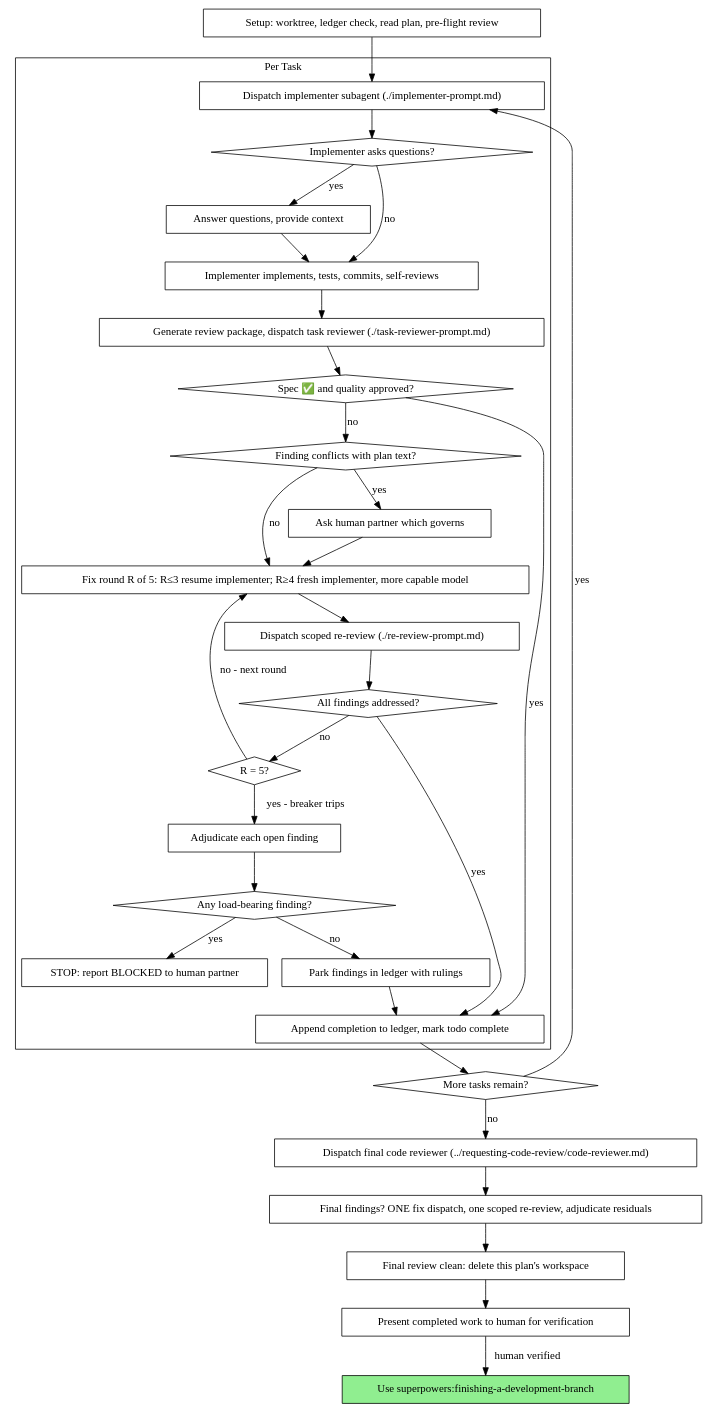
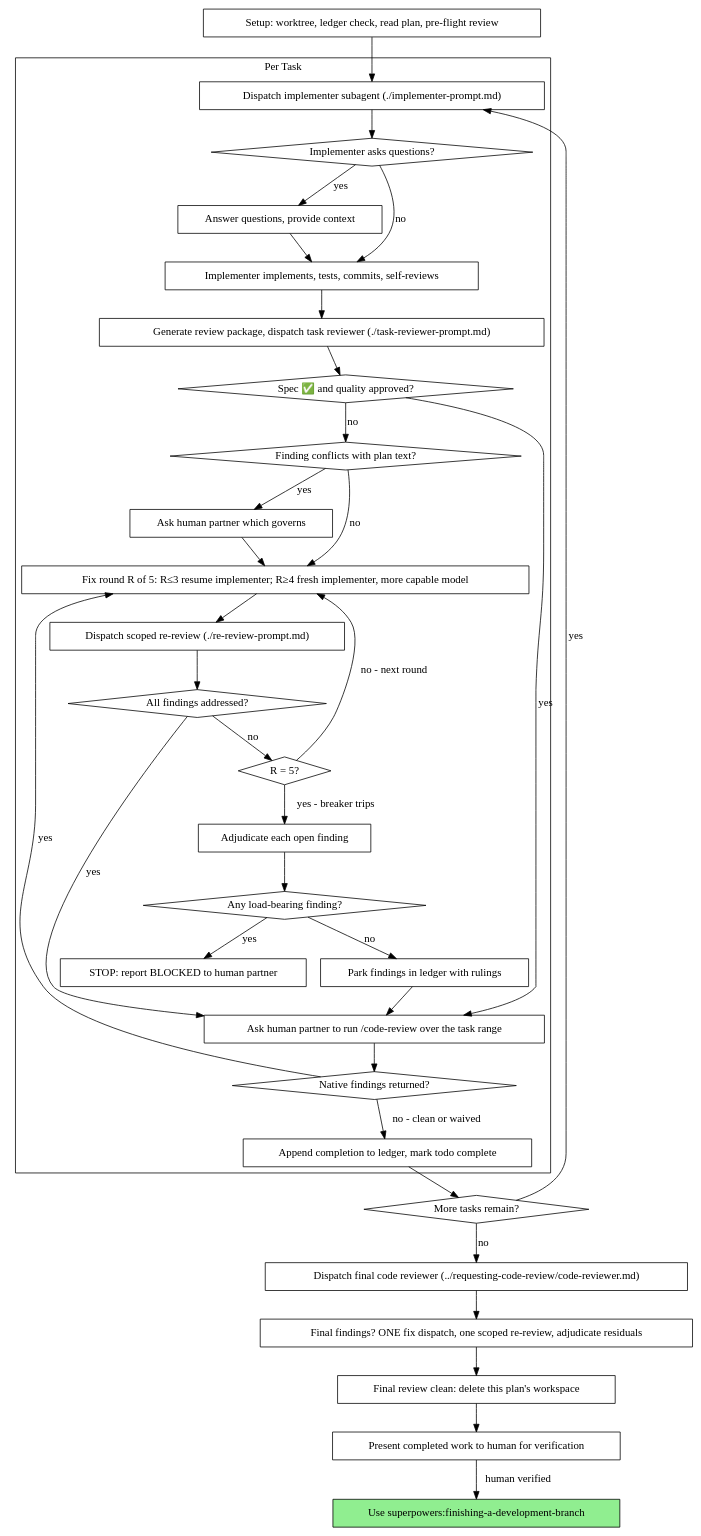
Before and after one commit to opcheese/superpowers: the second of 2 diagrams in skills/subagent-driven-development/SKILL.md, drawn with Graphviz. The commit also changed other lines of this file and 1 other file, not shown here.

First line of the commit message:
feat(skills): per-task native-review checkpoint on the human branch

````diff
--- a/skills/subagent-driven-development/SKILL.md
+++ b/skills/subagent-driven-development/SKILL.md
@@ -49,64 +51,69 @@
 ```dot
 digraph process {
     rankdir=TB;
 
     subgraph cluster_per_task {
         label="Per Task";
         "Dispatch implementer subagent (./implementer-prompt.md)" [shape=box];
         "Implementer asks questions?" [shape=diamond];
         "Answer questions, provide context" [shape=box];
         "Implementer implements, tests, commits, self-reviews" [shape=box];
         "Generate review package, dispatch task reviewer (./task-reviewer-prompt.md)" [shape=box];
         "Spec ✅ and quality approved?" [shape=diamond];
         "Finding conflicts with plan text?" [shape=diamond];
         "Ask human partner which governs" [shape=box];
         "Fix round R of 5: R≤3 resume implementer; R≥4 fresh implementer, more capable model" [shape=box];
         "Dispatch scoped re-review (./re-review-prompt.md)" [shape=box];
         "All findings addressed?" [shape=diamond];
         "R = 5?" [shape=diamond];
         "Adjudicate each open finding" [shape=box];
         "Any load-bearing finding?" [shape=diamond];
         "STOP: report BLOCKED to human partner" [shape=box];
         "Park findings in ledger with rulings" [shape=box];
+        "Ask human partner to run /code-review over the task range" [shape=box];
+        "Native findings returned?" [shape=diamond];
         "Append completion to ledger, mark todo complete" [shape=box];
     }
 
     "Setup: worktree, ledger check, read plan, pre-flight review" [shape=box];
     "More tasks remain?" [shape=diamond];
     "Dispatch final code reviewer (../requesting-code-review/code-reviewer.md)" [shape=box];
     "Final findings? ONE fix dispatch, one scoped re-review, adjudicate residuals" [shape=box];
     "Final review clean: delete this plan's workspace" [shape=box];
     "Present completed work to human for verification" [shape=box];
     "Use superpowers:finishing-a-development-branch" [shape=box style=filled fillcolor=lightgreen];
 
     "Setup: worktree, ledger check, read plan, pre-flight review" -> "Dispatch implementer subagent (./implementer-prompt.md)";
     "Dispatch implementer subagent (./implementer-prompt.md)" -> "Implementer asks questions?";
     "Implementer asks questions?" -> "Answer questions, provide context" [label="yes"];
     "Answer questions, provide context" -> "Implementer implements, tests, commits, self-reviews";
     "Implementer asks questions?" -> "Implementer implements, tests, commits, self-reviews" [label="no"];
     "Implementer implements, tests, commits, self-reviews" -> "Generate review package, dispatch task reviewer (./task-reviewer-prompt.md)";
     "Generate review package, dispatch task reviewer (./task-reviewer-prompt.md)" -> "Spec ✅ and quality approved?";
-    "Spec ✅ and quality approved?" -> "Append completion to ledger, mark todo complete" [label="yes"];
+    "Spec ✅ and quality approved?" -> "Ask human partner to run /code-review over the task range" [label="yes"];
     "Spec ✅ and quality approved?" -> "Finding conflicts with plan text?" [label="no"];
     "Finding conflicts with plan text?" -> "Ask human partner which governs" [label="yes"];
     "Ask human partner which governs" -> "Fix round R of 5: R≤3 resume implementer; R≥4 fresh implementer, more capable model";
     "Finding conflicts with plan text?" -> "Fix round R of 5: R≤3 resume implementer; R≥4 fresh implementer, more capable model" [label="no"];
     "Fix round R of 5: R≤3 resume implementer; R≥4 fresh implementer, more capable model" -> "Dispatch scoped re-review (./re-review-prompt.md)";
     "Dispatch scoped re-review (./re-review-prompt.md)" -> "All findings addressed?";
-    "All findings addressed?" -> "Append completion to ledger, mark todo complete" [label="yes"];
+    "All findings addressed?" -> "Ask human partner to run /code-review over the task range" [label="yes"];
     "All findings addressed?" -> "R = 5?" [label="no"];
     "R = 5?" -> "Fix round R of 5: R≤3 resume implementer; R≥4 fresh implementer, more capable model" [label="no - next round"];
     "R = 5?" -> "Adjudicate each open finding" [label="yes - breaker trips"];
     "Adjudicate each open finding" -> "Any load-bearing finding?";
     "Any load-bearing finding?" -> "STOP: report BLOCKED to human partner" [label="yes"];
     "Any load-bearing finding?" -> "Park findings in ledger with rulings" [label="no"];
-    "Park findings in ledger with rulings" -> "Append completion to ledger, mark todo complete";
+    "Park findings in ledger with rulings" -> "Ask human partner to run /code-review over the task range";
+    "Ask human partner to run /code-review over the task range" -> "Native findings returned?";
+    "Native findings returned?" -> "Fix round R of 5: R≤3 resume implementer; R≥4 fresh implementer, more capable model" [label="yes"];
+    "Native findings returned?" -> "Append completion to ledger, mark todo complete" [label="no - clean or waived"];
     "Append completion to ledger, mark todo complete" -> "More tasks remain?";
     "More tasks remain?" -> "Dispatch implementer subagent (./implementer-prompt.md)" [label="yes"];
     "More tasks remain?" -> "Dispatch final code reviewer (../requesting-code-review/code-reviewer.md)" [label="no"];
     "Dispatch final code reviewer (../requesting-code-review/code-reviewer.md)" -> "Final findings? ONE fix dispatch, one scoped re-review, adjudicate residuals";
     "Final findings? ONE fix dispatch, one scoped re-review, adjudicate residuals" -> "Final review clean: delete this plan's workspace";
     "Final review clean: delete this plan's workspace" -> "Present completed work to human for verification";
     "Present completed work to human for verification" -> "Use superpowers:finishing-a-development-branch" [label="human verified"];
 }
 ```
````
